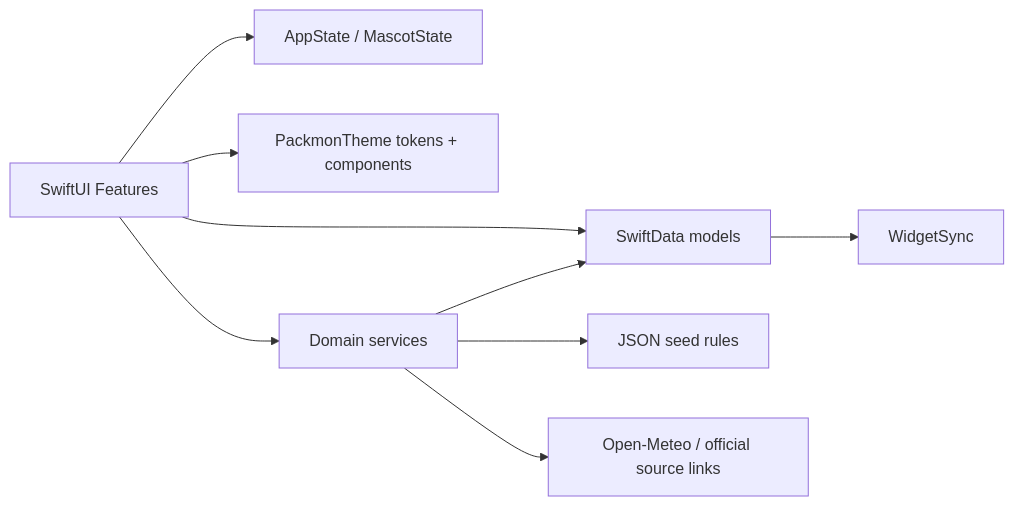
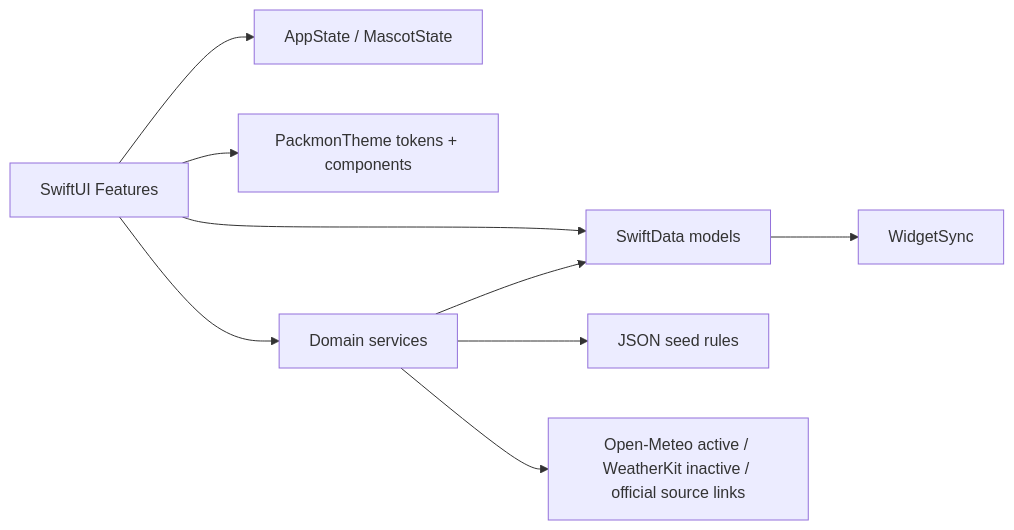
The second of 2 diagrams in docs/architecture.md (Poyen-Chen/TravelGenius), drawn with Mermaid before and after one commit. The commit also changed other lines of this file and 24 other files, not shown here.

````diff
--- a/docs/architecture.md
+++ b/docs/architecture.md
@@ -31,11 +31,11 @@
 ```mermaid
 flowchart LR
     Views[SwiftUI Features] --> State[AppState / MascotState]
     Views --> Theme[PackmonTheme tokens + components]
     Views --> Data[SwiftData models]
     Views --> Services[Domain services]
     Services --> Rules[JSON seed rules]
     Services --> Data
-    Services --> External[Open-Meteo / official source links]
+    Services --> External[Open-Meteo active / WeatherKit inactive / official source links]
     Data --> Widget[WidgetSync]
 ```
````
